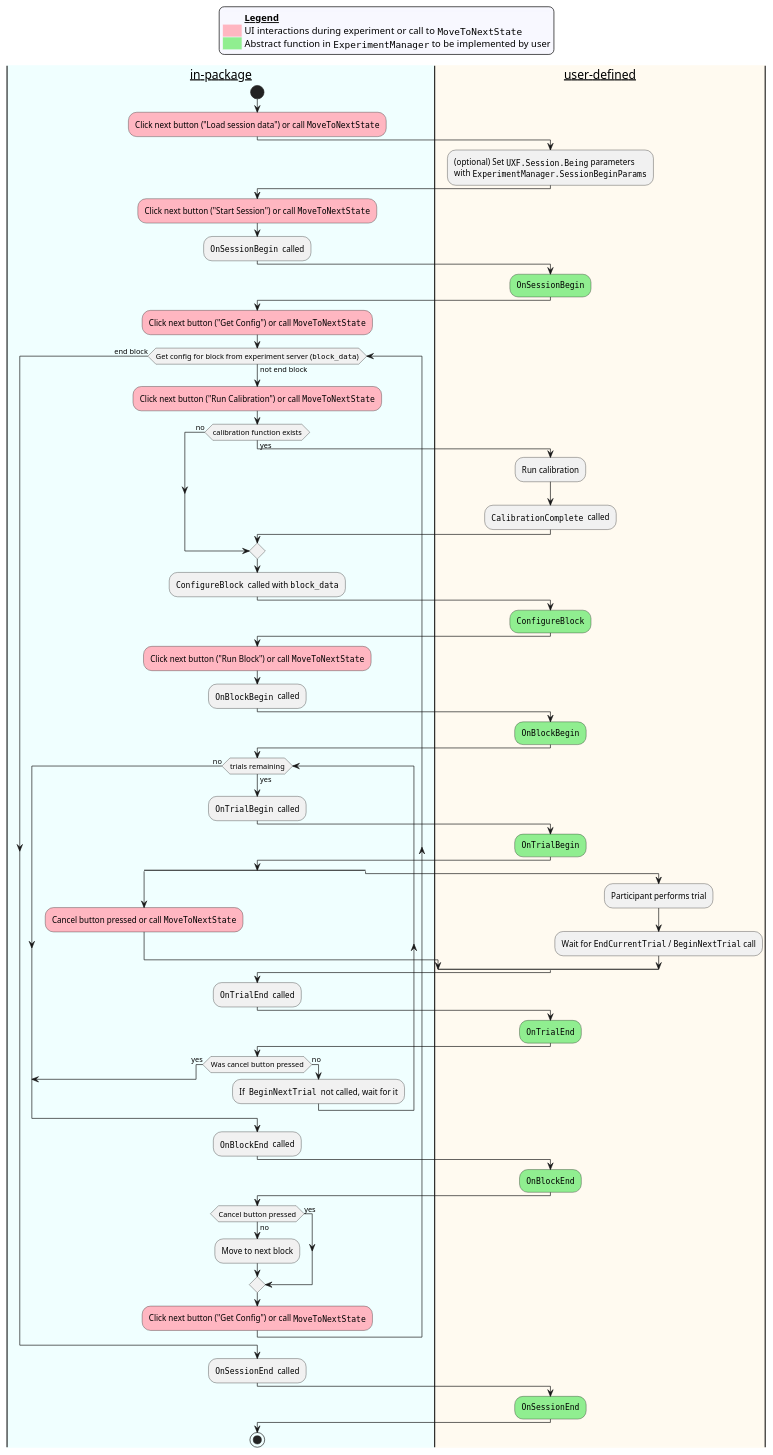
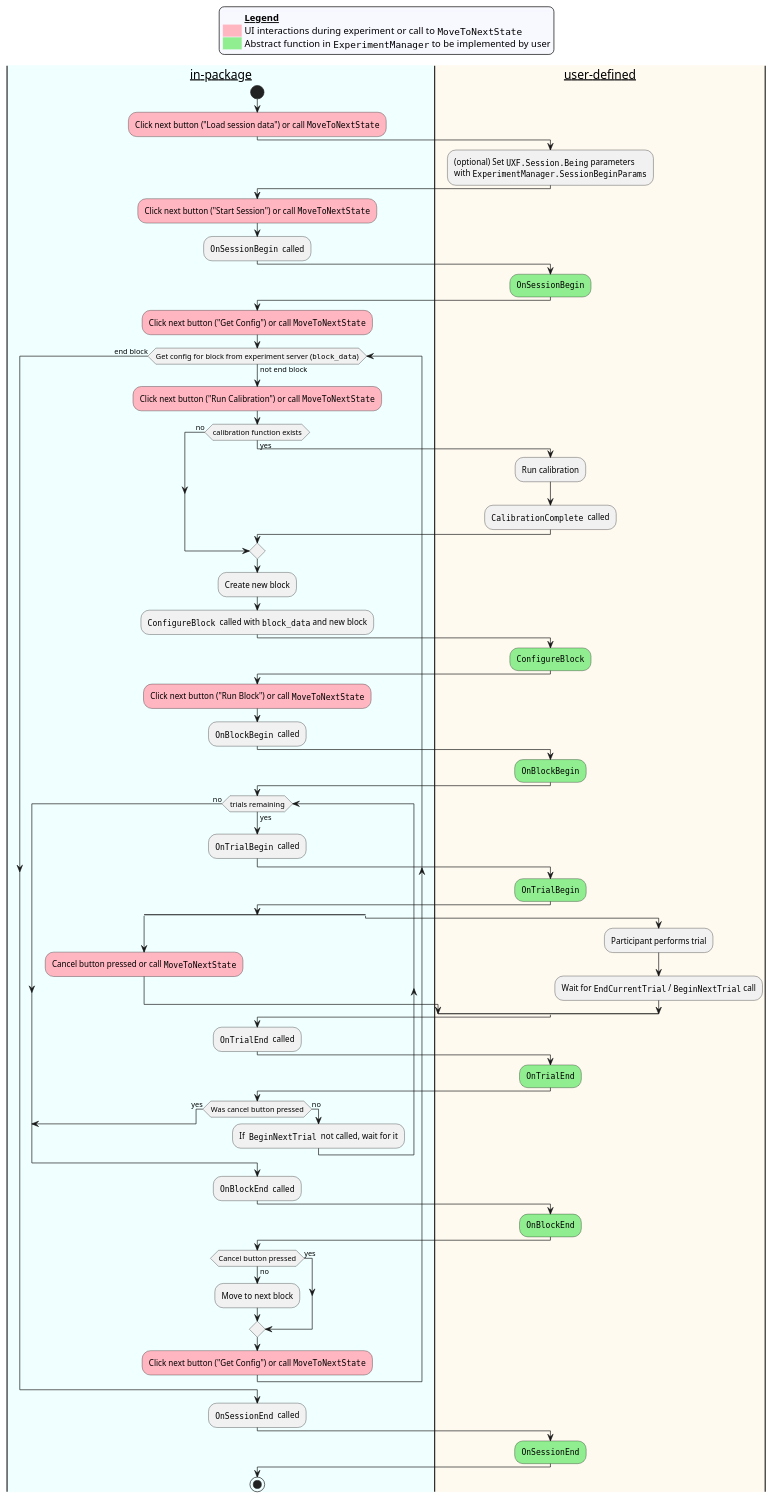
Before and after one commit to ovi-lab/UXF-extensions: the diagram in Docs~/activity_chart.plantuml, drawn with PlantUML. The commit also changed 4 other files, not shown here.

Commit message:
Documetation: update minor details around block data

```diff
--- a/Docs~/activity_chart.plantuml
+++ b/Docs~/activity_chart.plantuml
@@ -1,102 +1,103 @@
 @startuml
 skinparam legend {
   backgroundColor #GhostWhite
   entrySeparator #GhostWhite
 }
 
 legend top
   <#GhostWhite,#GhostWhite>|        |= __Legend__ |
   |<#lightpink>   | UI interactions during experiment or call to ""MoveToNextState""|
   |<#lightgreen>  | Abstract function in ""ExperimentManager"" to be implemented by user|
 endlegend
 
 |__in-package__|
 start
 #lightpink:Click next button ("Load session data") or call ""MoveToNextState"";
 |#FloralWhite|__user-defined__|
 :(optional) Set ""UXF.Session.Being"" parameters
 with ""ExperimentManager.SessionBeginParams"";
 |__in-package__|
 #lightpink:Click next button ("Start Session") or call ""MoveToNextState"";
 :""OnSessionBegin""  called;
 |__user-defined__|
 #lightgreen:""OnSessionBegin"";
 |#Azure|__in-package__|
 #lightpink:Click next button ("Get Config") or call ""MoveToNextState"";
 
 while (Get config for block from experiment server (""block_data"")) is (not end block)
 
     #lightpink:Click next button ("Run Calibration") or call ""MoveToNextState"";
     if (calibration function exists) then (yes)
         |__user-defined__|
         :Run calibration;
         :""CalibrationComplete""  called;
     else (no)
     endif
 
     |__in-package__|
-    :""ConfigureBlock""  called with ""block_data"";
+    :Create new block;
+    :""ConfigureBlock""  called with ""block_data"" and new block;
 
     |__user-defined__|
     #lightgreen:""ConfigureBlock"";
 
     |__in-package__|
     #lightpink:Click next button ("Run Block") or call ""MoveToNextState"";
     :""OnBlockBegin""  called;
 
     |__user-defined__|
     #lightgreen:""OnBlockBegin"";
 
     |__in-package__|
     while (trials remaining) is (yes)
 
         :""OnTrialBegin""  called;
 
         |__user-defined__|
         #lightgreen:""OnTrialBegin"";
 
         split
             |__in-package__|
             #lightpink:Cancel button pressed or call ""MoveToNextState"";
         split again
             |__user-defined__|
             :Participant performs trial;
             :Wait for ""EndCurrentTrial"" / ""BeginNextTrial"" call;
         end split
 
         |__in-package__|
         :""OnTrialEnd""  called;
 
         |__user-defined__|
         #lightgreen:""OnTrialEnd"";
 
         |__in-package__|
         if (Was cancel button pressed) then (yes)
             break
         else (no)
             :If  ""BeginNextTrial""  not called, wait for it;
         endif
     endwhile (no)
 
     :""OnBlockEnd""  called;
 
     |__user-defined__|
     #lightgreen:""OnBlockEnd"";
 
     |__in-package__|
     if (Cancel button pressed) then (no)
         :Move to next block;
     else (yes)
     endif
     #lightpink:Click next button ("Get Config") or call ""MoveToNextState"";
 
 endwhile (end block)
 
 :""OnSessionEnd""  called;
 
 |__user-defined__|
 #lightgreen:""OnSessionEnd"";
 
 |__in-package__|
 stop
 @enduml
```
